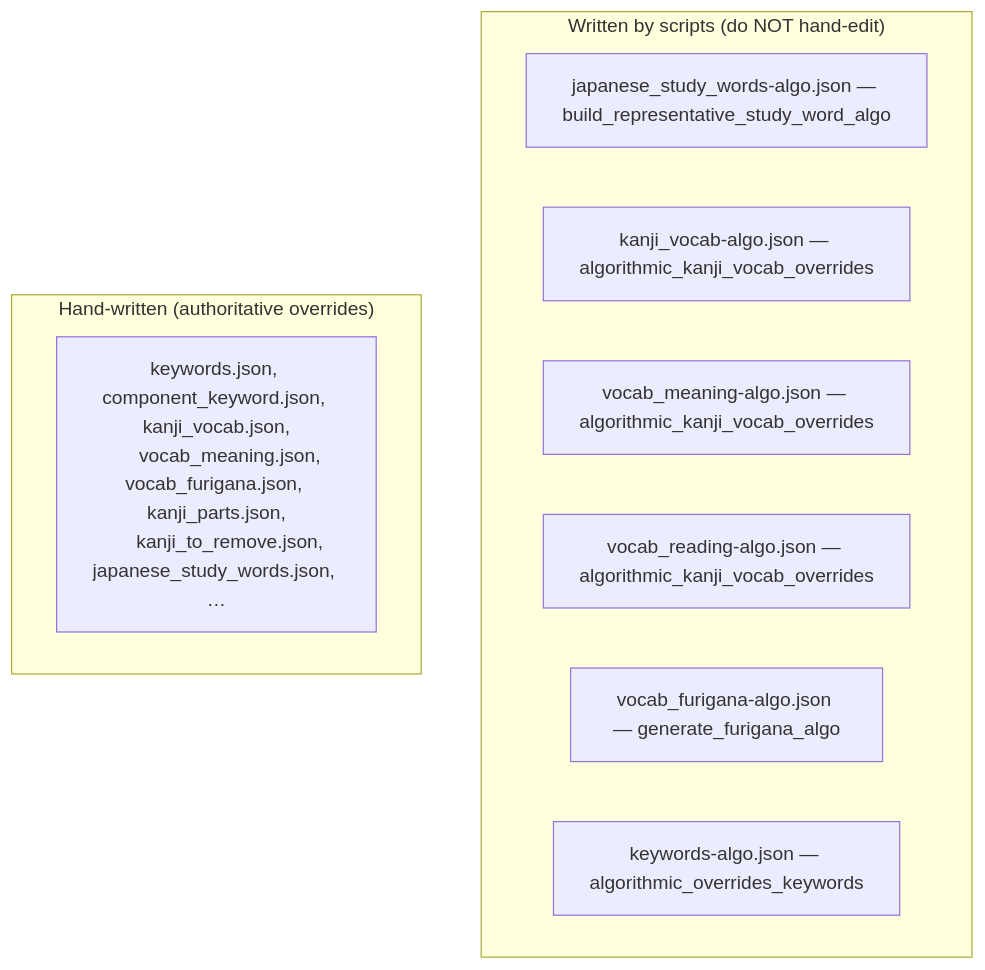
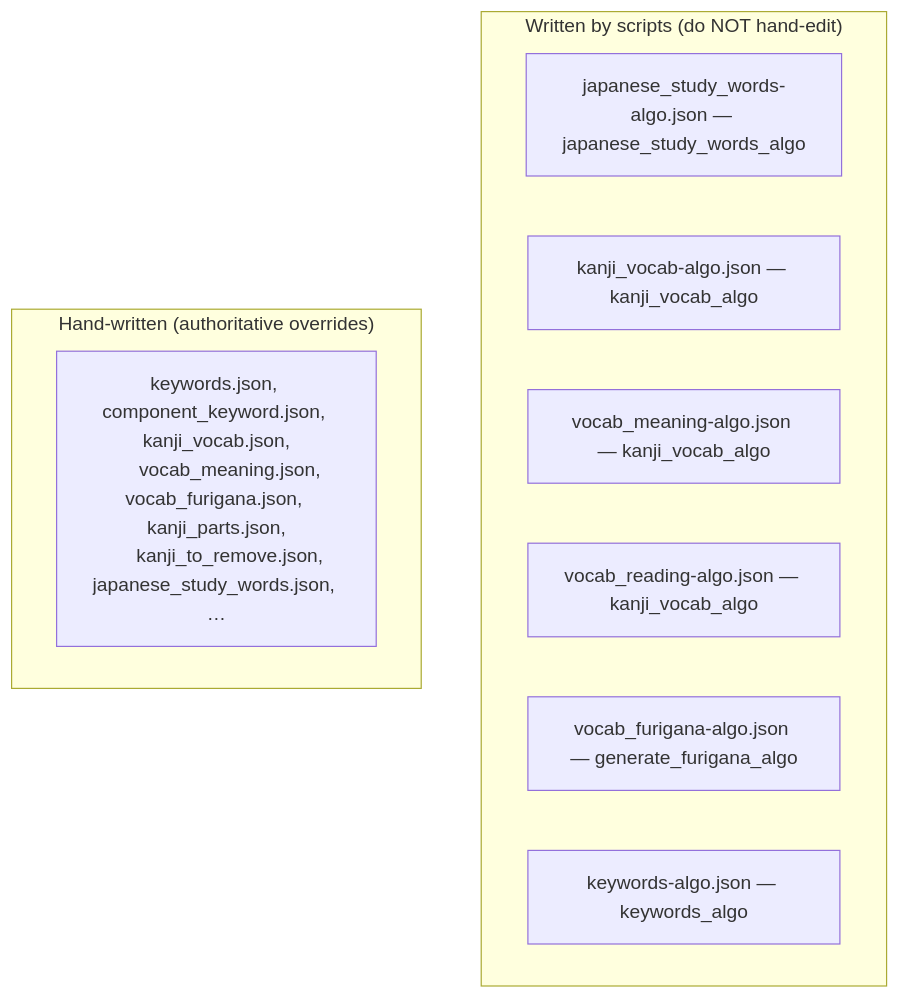
The third of 8 diagrams in notes/flowchart.md (PikaPikaGems/kanji-heatmap-data), drawn with Mermaid before and after one commit. The commit also changed other lines of this file, not shown here.

First line of the commit message:
Update flowchart.md to current pipeline

````diff
--- a/notes/flowchart.md
+++ b/notes/flowchart.md
@@ -160,16 +182,16 @@
 ```mermaid
 flowchart TB
     subgraph ALGO["Written by scripts (do NOT hand-edit)"]
-      a1["japanese_study_words-algo.json — build_representative_study_word_algo"]
-      a2["kanji_vocab-algo.json — algorithmic_kanji_vocab_overrides"]
-      a3["vocab_meaning-algo.json — algorithmic_kanji_vocab_overrides"]
-      a4["vocab_reading-algo.json — algorithmic_kanji_vocab_overrides"]
+      a1["japanese_study_words-algo.json — japanese_study_words_algo"]
+      a2["kanji_vocab-algo.json — kanji_vocab_algo"]
+      a3["vocab_meaning-algo.json — kanji_vocab_algo"]
+      a4["vocab_reading-algo.json — kanji_vocab_algo"]
       a5["vocab_furigana-algo.json — generate_furigana_algo"]
-      a6["keywords-algo.json — algorithmic_overrides_keywords"]
+      a6["keywords-algo.json — keywords_algo"]
     end
     subgraph MANUAL["Hand-written (authoritative overrides)"]
       m1["keywords.json, component_keyword.json, kanji_vocab.json,
       vocab_meaning.json, vocab_furigana.json, kanji_parts.json,
       kanji_to_remove.json, japanese_study_words.json, …"]
     end
 ```
````
